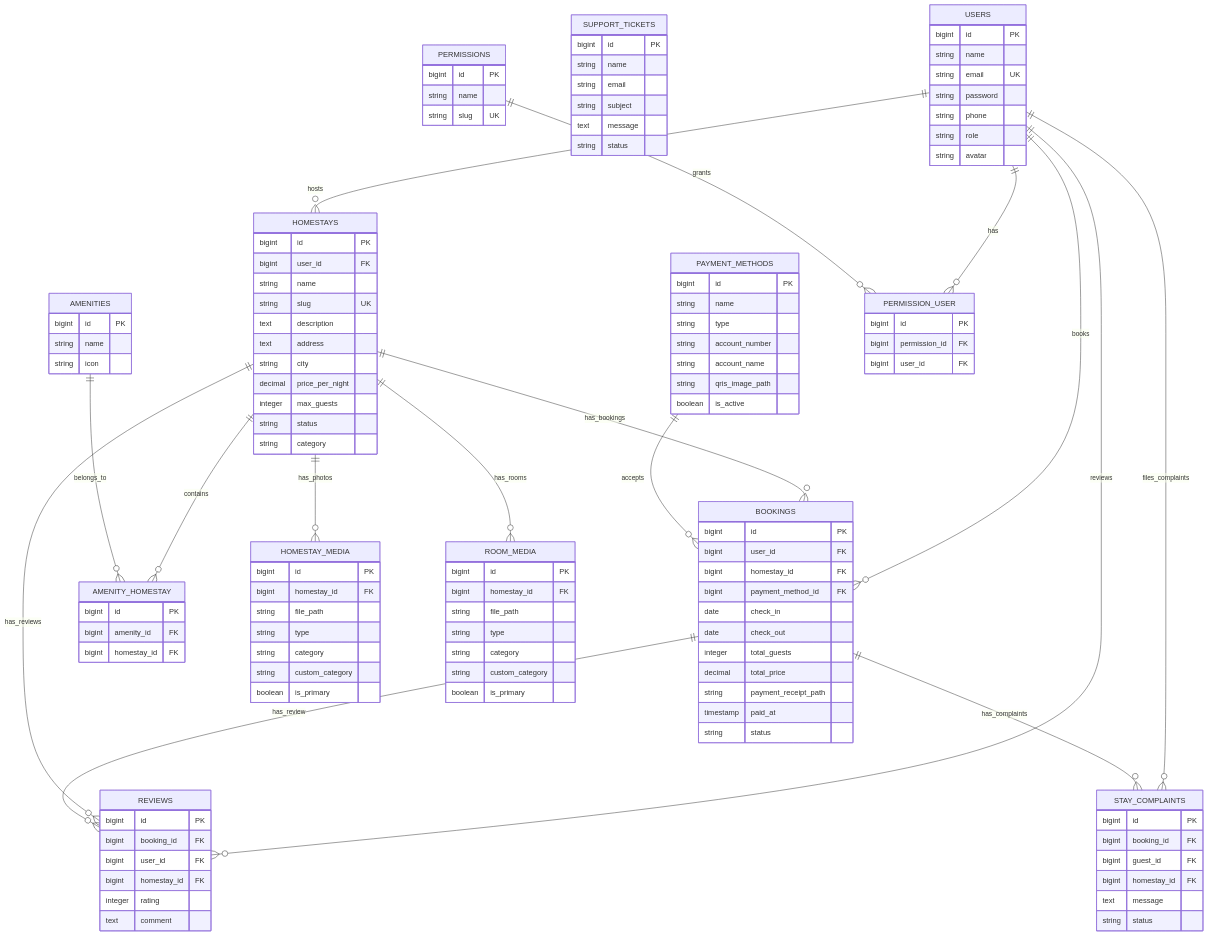
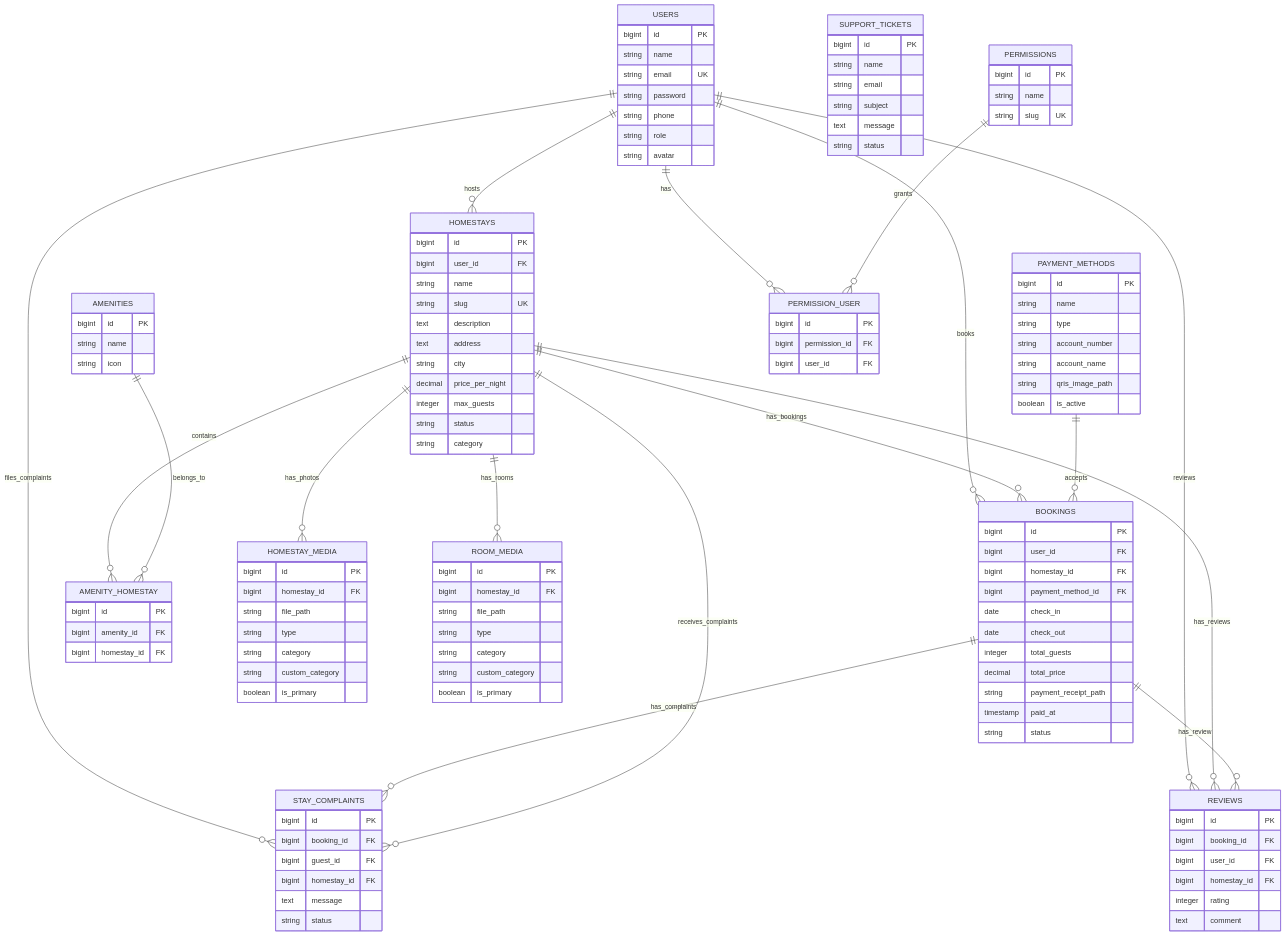
One commit to MuslimGunawan/HomeStay-Apps changed the diagram in README.md. Above: the diagram before and after it, drawn with Mermaid.

Commit message:
docs: add homestay to stay_complaints relationship in database schema diagram

````diff
--- a/README.md
+++ b/README.md
@@ -295,4 +295,5 @@
     PAYMENT_METHODS ||--o{ BOOKINGS : "accepts"
     BOOKINGS ||--o{ STAY_COMPLAINTS : "has_complaints"
     BOOKINGS ||--o{ REVIEWS : "has_review"
+    HOMESTAYS ||--o{ STAY_COMPLAINTS : "receives_complaints"
 ```
````
